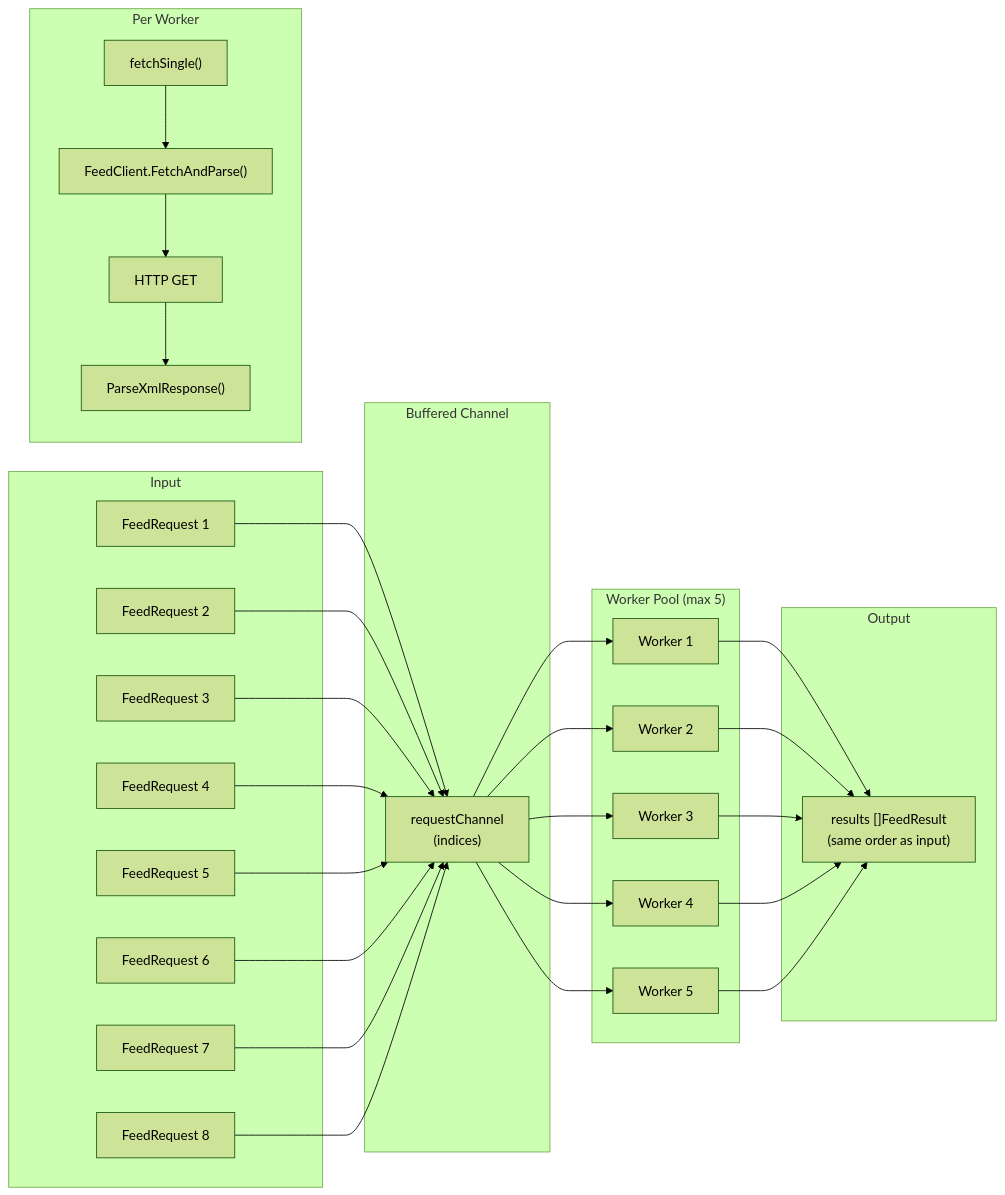
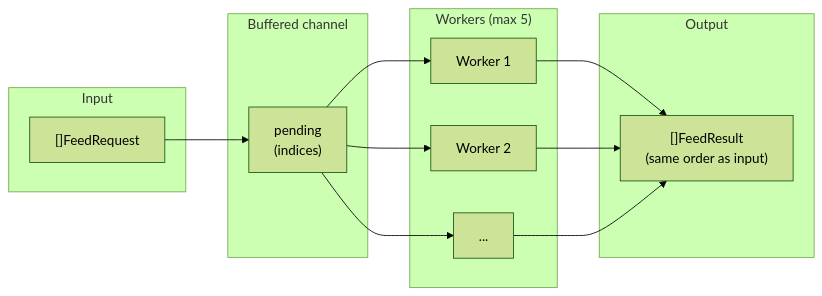
One commit to kralkapoor/knews changed the sixth of 8 diagrams in ARCHITECTURE.md. Above: the diagram before and after it, drawn with Mermaid (forest theme). The commit also changed other lines of this file and 36 other files, not shown here.

````diff
--- a/ARCHITECTURE.md
+++ b/ARCHITECTURE.md
@@ -398,42 +289,24 @@
 ```mermaid
 graph LR
     subgraph Input
-        R1[FeedRequest 1]
-        R2[FeedRequest 2]
-        R3[FeedRequest 3]
-        R4[FeedRequest 4]
-        R5[FeedRequest 5]
-        R6[FeedRequest 6]
-        R7[FeedRequest 7]
-        R8[FeedRequest 8]
+        R["[]FeedRequest"]
     end
 
-    subgraph "Buffered Channel"
-        CH["requestChannel<br/>(indices)"]
+    subgraph "Buffered channel"
+        CH["pending<br/>(indices)"]
     end
 
-    subgraph "Worker Pool (max 5)"
+    subgraph "Workers (max 5)"
         W1["Worker 1"]
         W2["Worker 2"]
-        W3["Worker 3"]
-        W4["Worker 4"]
-        W5["Worker 5"]
-    end
-
-    subgraph "Per Worker"
-        direction TB
-        FS["fetchSingle()"]
-        FC["FeedClient.FetchAndParse()"]
-        HTTP["HTTP GET"]
-        XML["ParseXmlResponse()"]
-        FS --> FC --> HTTP --> XML
+        W3["..."]
     end
 
     subgraph Output
-        RS["results []FeedResult<br/>(same order as input)"]
+        RS["[]FeedResult<br/>(same order as input)"]
     end
 
-    R1 & R2 & R3 & R4 & R5 & R6 & R7 & R8 --> CH
-    CH --> W1 & W2 & W3 & W4 & W5
-    W1 & W2 & W3 & W4 & W5 --> RS
+    R --> CH
+    CH --> W1 & W2 & W3
+    W1 & W2 & W3 --> RS
 ```
````
